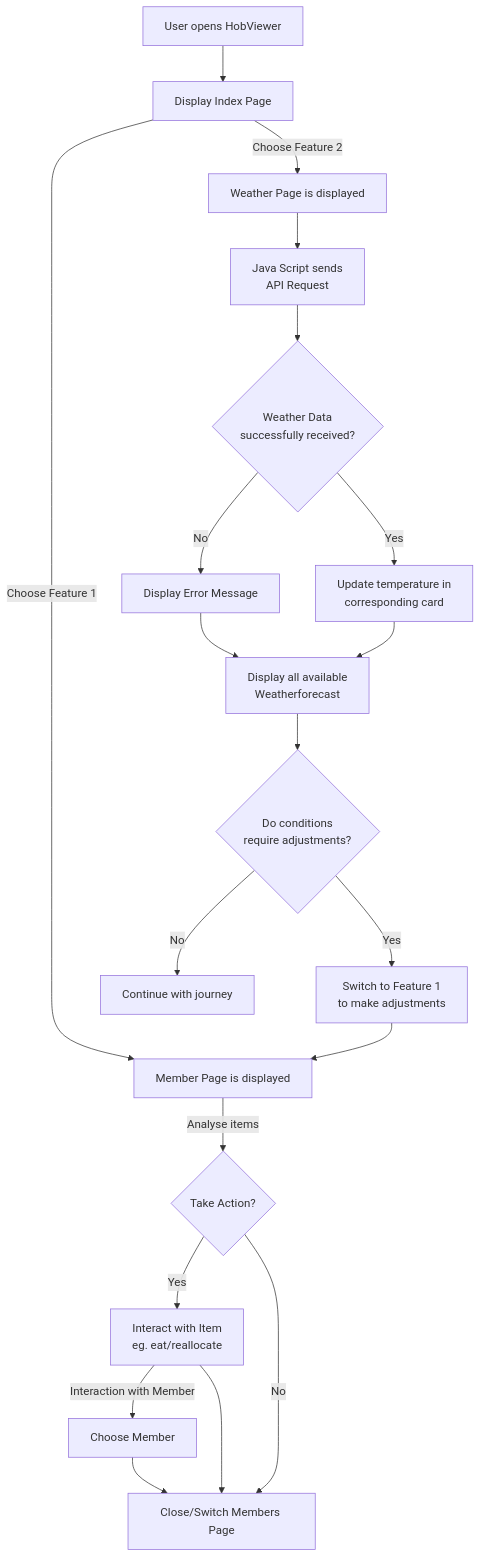
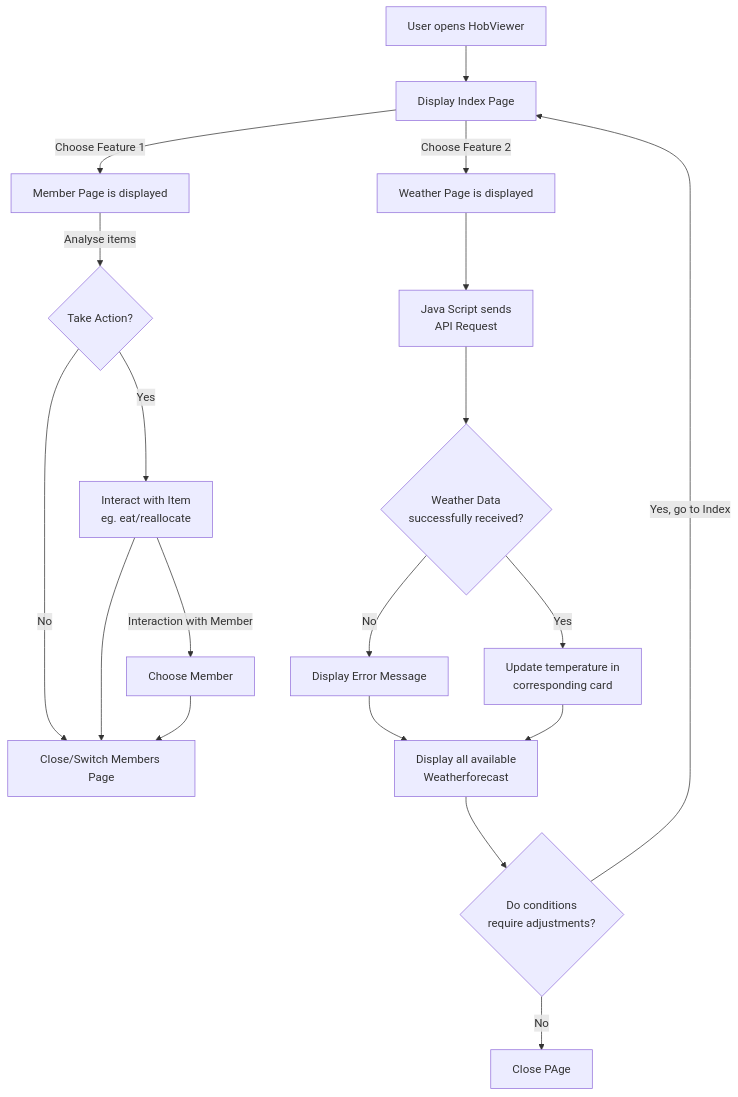
One commit to Hug021030/The-Fellowship-of-the-Code-2026 changed the diagram in Artifacts/Artifact-5/src/decisions/designchoices.md. Above: the diagram before and after it, drawn with Mermaid.

````diff
--- a/Artifacts/Artifact-5/src/decisions/designchoices.md
+++ b/Artifacts/Artifact-5/src/decisions/designchoices.md
@@ -24,37 +24,35 @@
 ```mermaid
 flowchart TD
 
 A[User opens HobViewer]
 A --> B[Display Index Page]
 B -- Choose Feature 1 --> C[Member Page is displayed]
 B -- Choose Feature 2 --> D[Weather Page is displayed]
 
 C -- Analyse items --> E{Take Action?}
 E -- Yes --> F[Interact with Item
                 eg. eat/reallocate]
 E -- No --> G[Close/Switch Members Page]
 
 F -- Interaction with Member --> H[Choose Member]
 F --> G
 H --> G
 
 D --> I[Java Script sends
         API Request]
 I --> J{Weather Data
         successfully received?}
 J -- No --> K[Display Error Message]
 K --> L[Display all available 
         Weatherforecast]
 
 J -- Yes --> M[Update temperature in
                 corresponding card]
 M --> L
 L --> N{Do conditions
         require adjustments?}
 
-N -- No --> O[Continue with journey]
+N -- No --> O[Close PAge]
 
-N -- Yes --> P[Switch to Feature 1
-              to make adjustments]
-P --> C
+N -- Yes, go to Index --> B
 ```
````
